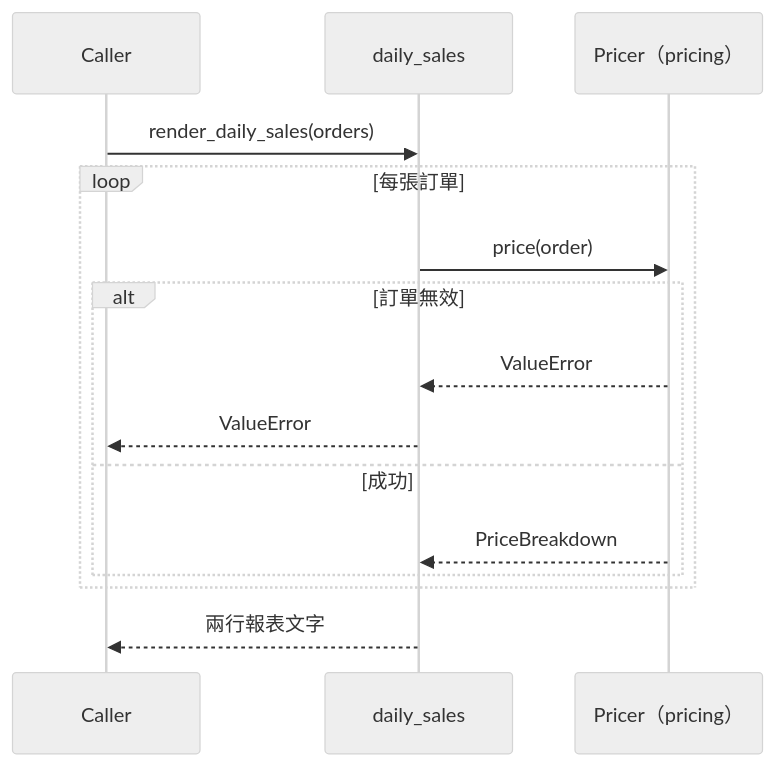
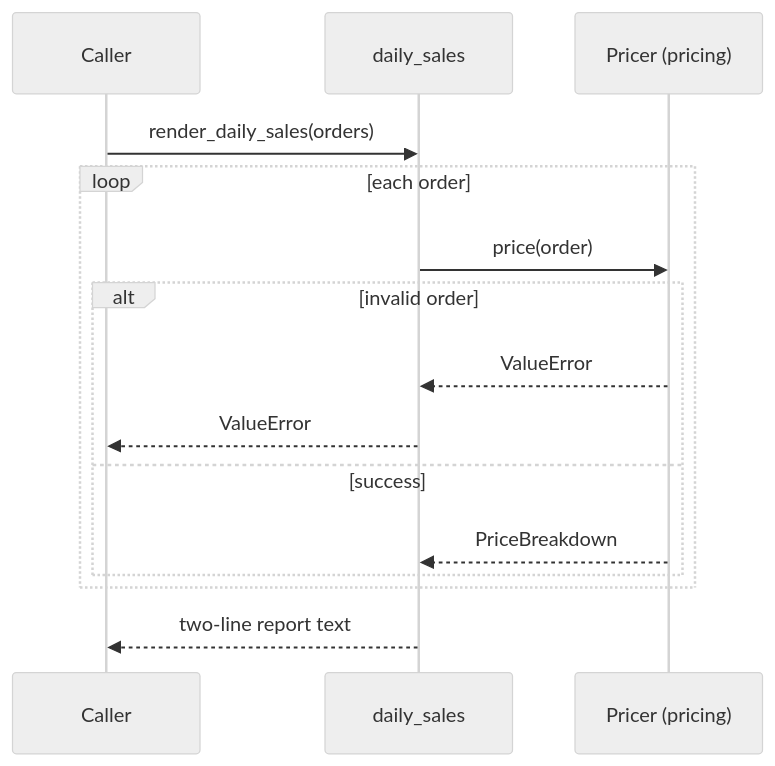
The second of 2 diagrams in demo/reports/ARCHITECTURE.md (IcarusSO/diagram-driven-coding), drawn with Mermaid (neutral theme) before and after one commit. The commit also changed other lines of this file and 12 other files, not shown here.

Commit message:
Skill and demo docs in English; clarify stale-diagram rule, caller search, value classes and trigger

````diff
--- a/demo/reports/ARCHITECTURE.md
+++ b/demo/reports/ARCHITECTURE.md
@@ -38,17 +38,17 @@
 ```mermaid
 sequenceDiagram
     participant Caller
     participant daily_sales
-    participant Pricer as Pricer（pricing）
+    participant Pricer as Pricer (pricing)
     Caller->>daily_sales: render_daily_sales(orders)
-    loop 每張訂單
+    loop each order
         daily_sales->>Pricer: price(order)
-        alt 訂單無效
+        alt invalid order
             Pricer-->>daily_sales: ValueError
             daily_sales-->>Caller: ValueError
-        else 成功
+        else success
             Pricer-->>daily_sales: PriceBreakdown
         end
     end
-    daily_sales-->>Caller: 兩行報表文字
+    daily_sales-->>Caller: two-line report text
 ```
````
